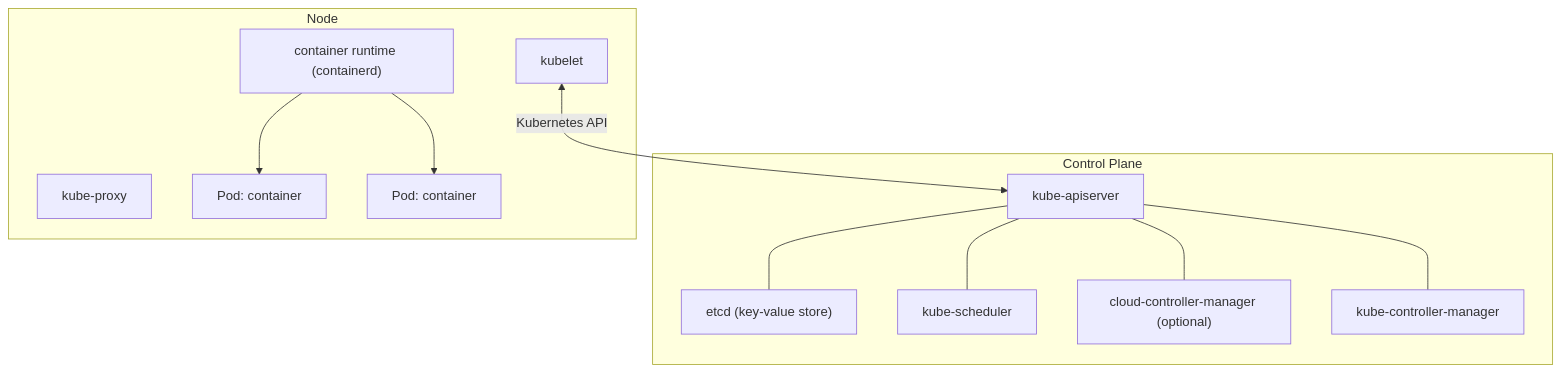
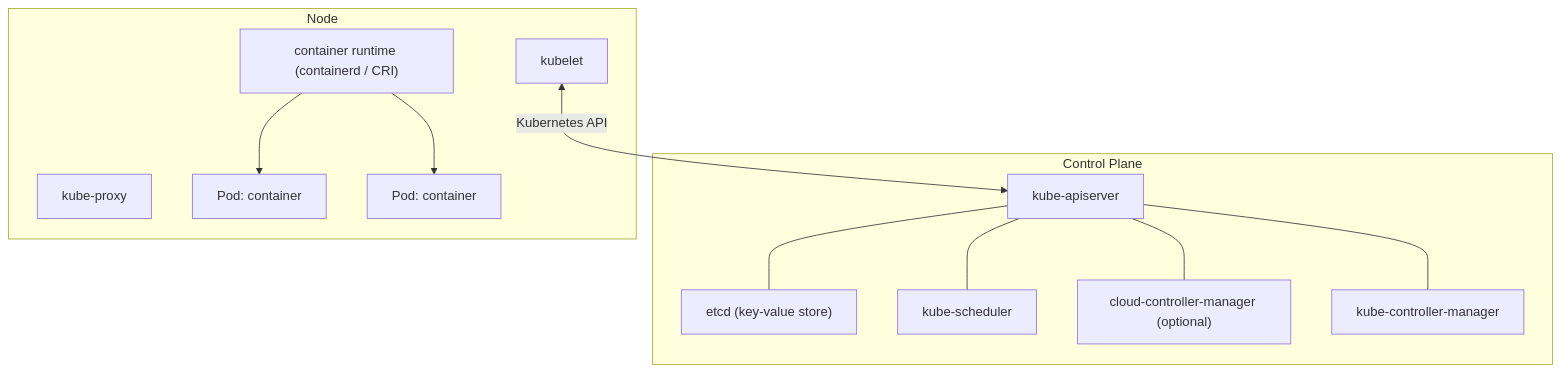
The diagram in data/08 Containers/Kubernetes.md (hairbui76/aws-saa-c03), drawn with Mermaid before and after one commit. The commit also changed other lines of this file and 44 other files, not shown here.

````diff
--- a/data/08 Containers/Kubernetes.md
+++ b/data/08 Containers/Kubernetes.md
@@ -36,24 +37,24 @@
 ```mermaid
 flowchart TB
   subgraph CP["Control Plane"]
     API["kube-apiserver"]
     ETCD["etcd (key-value store)"]
     SCH["kube-scheduler"]
     CCM["cloud-controller-manager (optional)"]
     KCM["kube-controller-manager"]
     API --- ETCD
     API --- SCH
     API --- CCM
     API --- KCM
   end
   subgraph N1["Node"]
     KL["kubelet"]
     KP["kube-proxy"]
-    RT["container runtime (containerd)"]
+    RT["container runtime (containerd / CRI)"]
     P1["Pod: container"]
     P2["Pod: container"]
   end
   KL <-->|"Kubernetes API"| API
   RT --> P1
   RT --> P2
 ```
````
